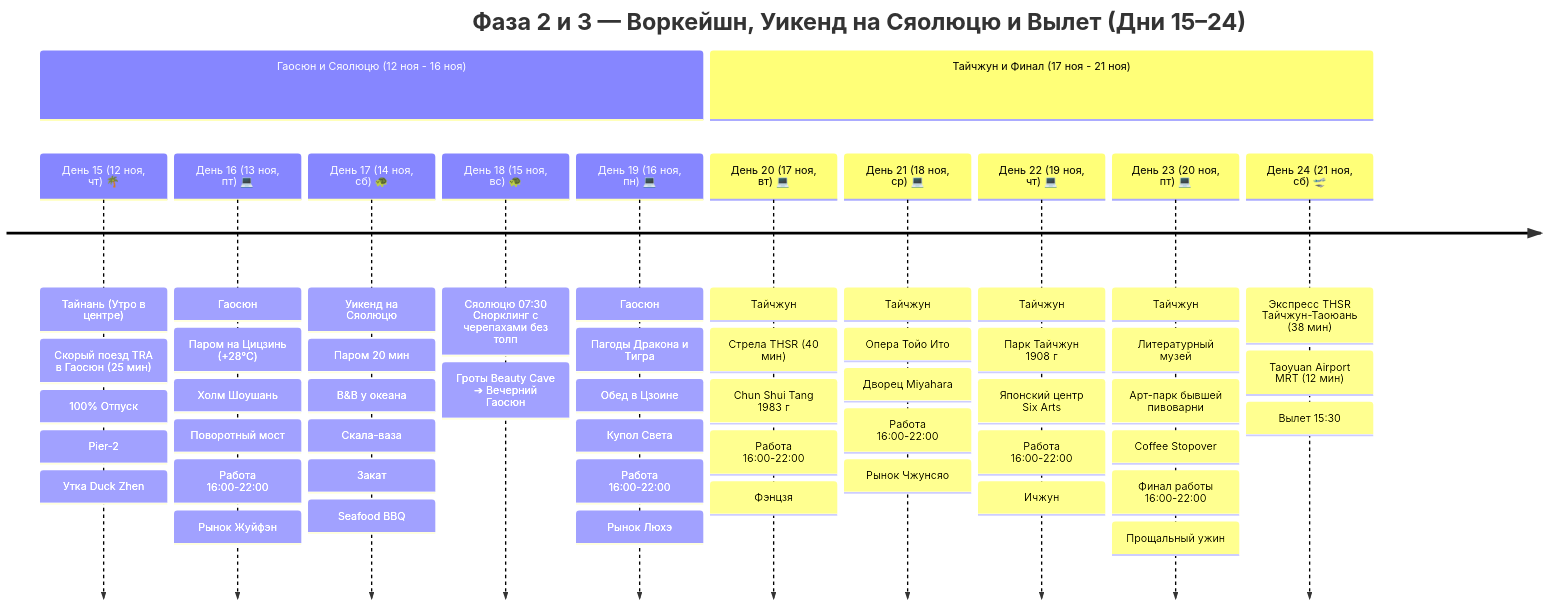
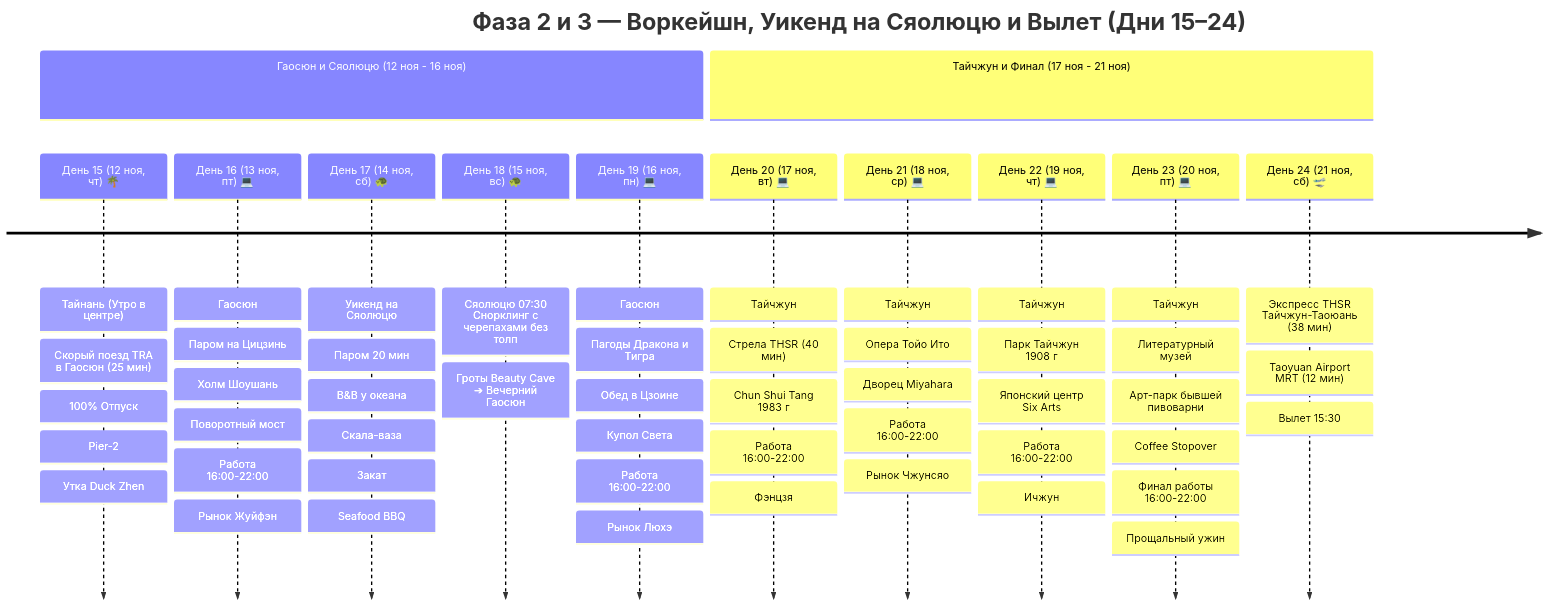
Before and after one commit to injurka/obsidian-mark: the second of 2 diagrams in Personal Note/Travel/-- Taiwan/Taiwan.md, drawn with Mermaid. The commit also changed 3 other files, not shown here.

````diff
--- a/Personal Note/Travel/-- Taiwan/Taiwan.md
+++ b/Personal Note/Travel/-- Taiwan/Taiwan.md
@@ -48,16 +48,16 @@
 ```mermaid
 timeline
     title Фаза 2 и 3 — Воркейшн, Уикенд на Сяолюцю и Вылет (Дни 15–24)
     section Гаосюн и Сяолюцю (12 ноя - 16 ноя)
         День 15 (12 ноя, чт) 🌴 : Тайнань (Утро в центре) : Скорый поезд TRA в Гаосюн (25 мин) : 100% Отпуск : Pier-2 : Утка Duck Zhen
-        День 16 (13 ноя, пт) 💻 : Гаосюн : Паром на Цицзинь (+28°C) : Холм Шоушань : Поворотный мост : Работа 16:00-22:00 : Рынок Жуйфэн
+        День 16 (13 ноя, пт) 💻 : Гаосюн : Паром на Цицзинь : Холм Шоушань : Поворотный мост : Работа 16:00-22:00 : Рынок Жуйфэн
         День 17 (14 ноя, сб) 🐢 : Уикенд на Сяолюцю : Паром 20 мин : B&B у океана : Скала-ваза : Закат : Seafood BBQ
         День 18 (15 ноя, вс) 🐢 : Сяолюцю 07:30 Снорклинг с черепахами без толп : Гроты Beauty Cave ➔ Вечерний Гаосюн
         День 19 (16 ноя, пн) 💻 : Гаосюн : Пагоды Дракона и Тигра : Обед в Цзоине : Купол Света : Работа 16:00-22:00 : Рынок Люхэ
     section Тайчжун и Финал (17 ноя - 21 ноя)
         День 20 (17 ноя, вт) 💻 : Тайчжун : Стрела THSR (40 мин) : Chun Shui Tang 1983 г : Работа 16:00-22:00 : Фэнцзя
         День 21 (18 ноя, ср) 💻 : Тайчжун : Опера Тойо Ито : Дворец Miyahara : Работа 16:00-22:00 : Рынок Чжунсяо
         День 22 (19 ноя, чт) 💻 : Тайчжун : Парк Тайчжун 1908 г : Японский центр Six Arts : Работа 16:00-22:00 : Ичжун
         День 23 (20 ноя, пт) 💻 : Тайчжун : Литературный музей : Арт-парк бывшей пивоварни : Coffee Stopover : Финал работы 16:00-22:00 : Прощальный ужин
         День 24 (21 ноя, сб) 🛫 : Экспресс THSR Тайчжун-Таоюань (38 мин) : Taoyuan Airport MRT (12 мин) : Вылет 15:30
 ```
````
